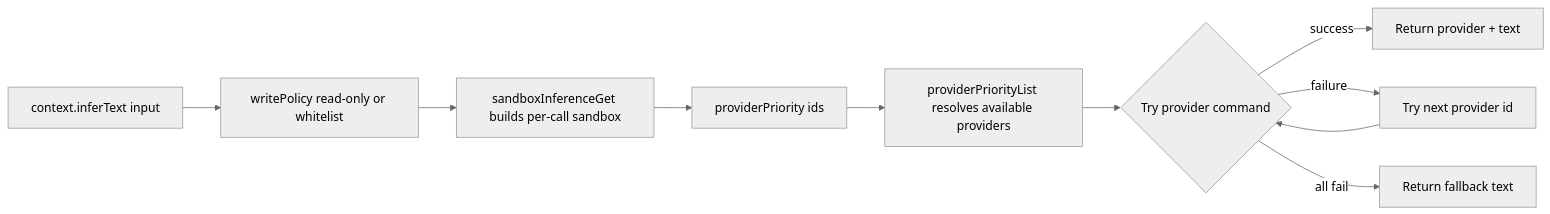
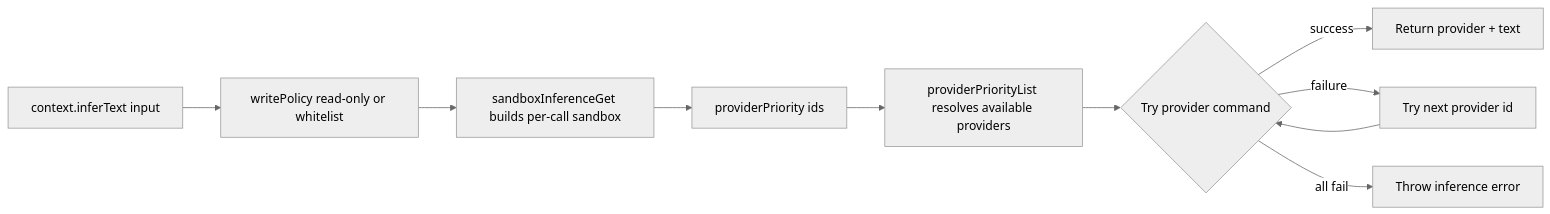
Before and after one commit to ex3ndr/holdmybeer: the second of 2 diagrams in doc/context-inference-flow.md, drawn with Mermaid (neutral theme). The commit also changed other lines of this file and 12 other files, not shown here.

Commit message:
docs(holdmybeer): document architecture and inference changes

````diff
--- a/doc/context-inference-flow.md
+++ b/doc/context-inference-flow.md
@@ -18,12 +18,12 @@
 ```mermaid
 flowchart LR
   A[context.inferText input] --> B[writePolicy read-only or whitelist]
   B --> C[sandboxInferenceGet builds per-call sandbox]
   C --> D[providerPriority ids]
   D --> E[providerPriorityList resolves available providers]
   E --> F{Try provider command}
   F -->|success| G[Return provider + text]
   F -->|failure| H[Try next provider id]
   H --> F
-  F -->|all fail| I[Return fallback text]
+  F -->|all fail| I[Throw inference error]
 ```
````
